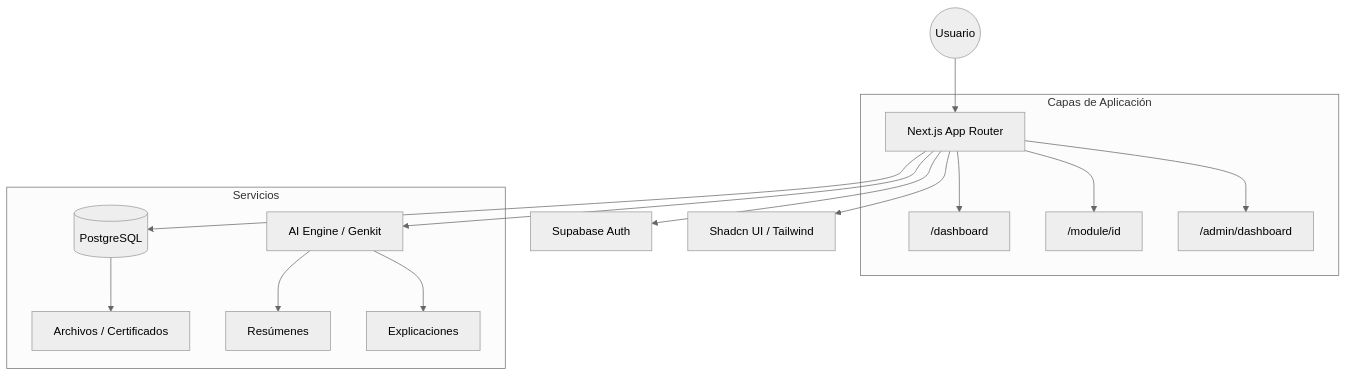
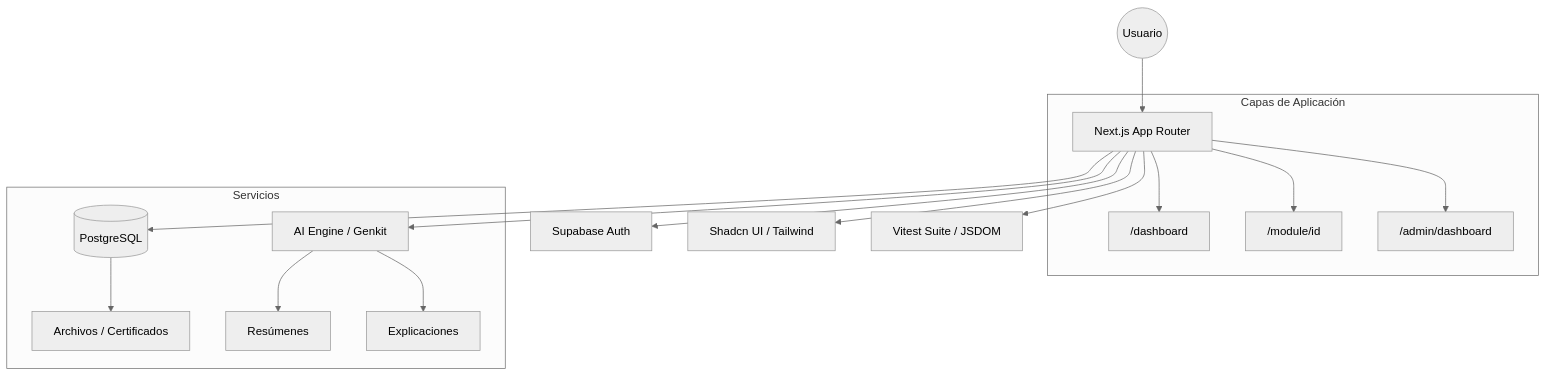
One commit to Rouchant/Dia_Cero changed the diagram in README.md. Above: the diagram before and after it, drawn with Mermaid (neutral theme). The commit also changed other lines of this file, not shown here.

````diff
--- a/README.md
+++ b/README.md
@@ -30,20 +48,21 @@
 ```mermaid
 graph TD
     User((Usuario)) --> NextJS["Next.js App Router"]
     NextJS --> Auth["Supabase Auth"]
     NextJS --> DB[(PostgreSQL)]
     NextJS --> AI["AI Engine / Genkit"]
     NextJS --> UI["Shadcn UI / Tailwind"]
+    NextJS --> Tests["Vitest Suite / JSDOM"]
     
     subgraph "Capas de Aplicación"
         NextJS --> Dashboard["/dashboard"]
         NextJS --> Module["/module/id"]
         NextJS --> Admin["/admin/dashboard"]
     end
     
     subgraph "Servicios"
         DB --> Storage["Archivos / Certificados"]
         AI --> Summaries[Resúmenes]
         AI --> Explanations[Explicaciones]
     end
 ```
````
